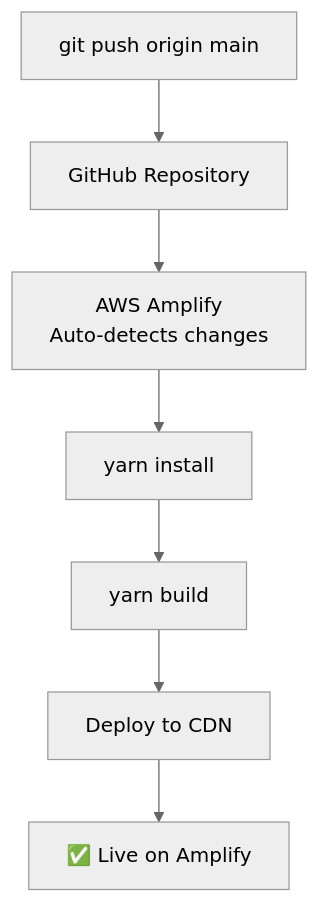
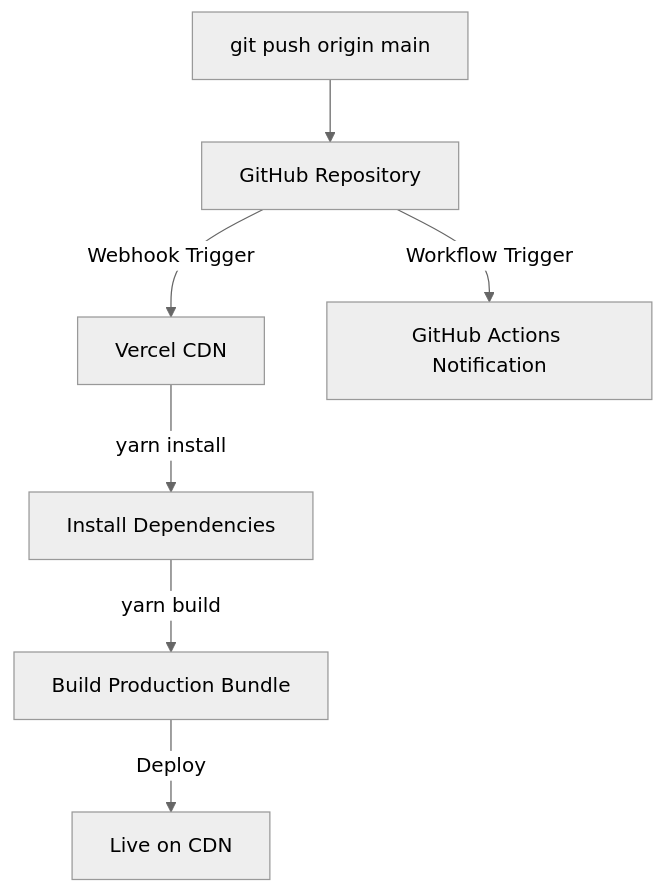
Before and after one commit to ALTHAFHUSSAINSYED/portfolio: the fifth of 7 diagrams in SYSTEM_ARCHITECTURE.md, drawn with Mermaid (neutral theme). The commit also changed other lines of this file and 3 other files, not shown here.

Commit message:
chore: decommission AWS Amplify, document Vercel migration, and redesign project details aesthetics

````diff
--- a/SYSTEM_ARCHITECTURE.md
+++ b/SYSTEM_ARCHITECTURE.md
@@ -1190,11 +2221,19 @@
 ```mermaid
+
 graph TB
+
     Push[git push origin main] --> GitHub[GitHub Repository]
-    GitHub --> Amplify[AWS Amplify<br/>Auto-detects changes]
+
+    GitHub -->|Webhook Trigger| Vercel[Vercel CDN]
+
+    GitHub -->|Workflow Trigger| Actions[GitHub Actions Notification]
+
     
-    Amplify --> Install[yarn install]
-    Install --> Build[yarn build]
-    Build --> Deploy[Deploy to CDN]
-    
-    Deploy --> Done[✅ Live on Amplify]
+
+    Vercel -->|yarn install| Install[Install Dependencies]
+
+    Install -->|yarn build| Build[Build Production Bundle]
+
+    Build -->|Deploy| Live[Live on CDN]
+
 ```
````
